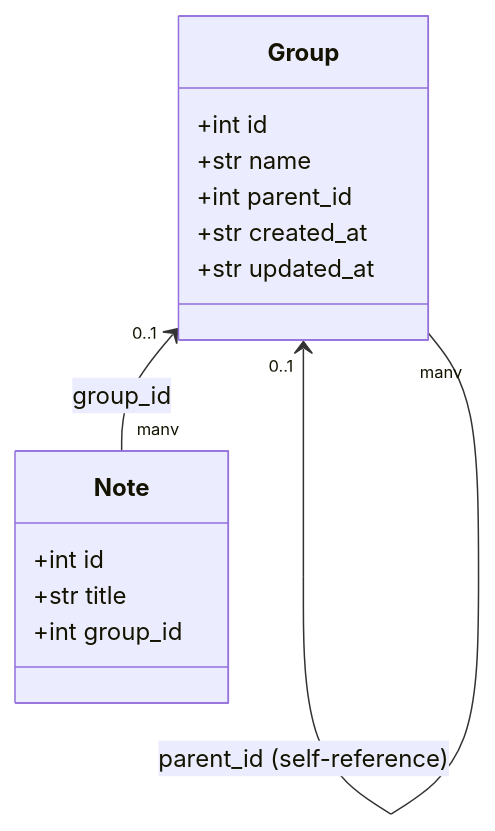
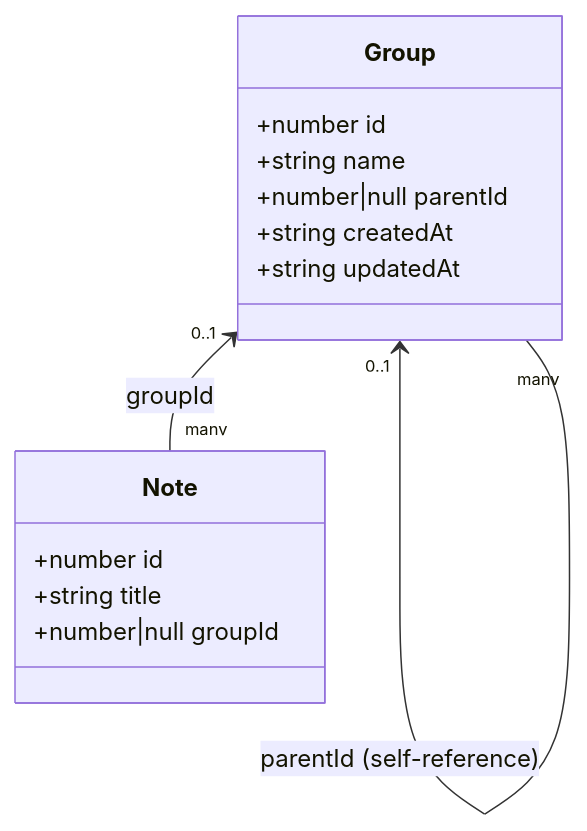
The diagram in docs/architecture/groups.md (meddlin/composition), drawn with Mermaid before and after one commit. The commit also changed other lines of this file and 65 other files, not shown here.

````diff
--- a/docs/architecture/groups.md
+++ b/docs/architecture/groups.md
@@ -13,17 +14,17 @@
 ```mermaid
 classDiagram
     class Group {
-        +int id
-        +str name
-        +int parent_id
-        +str created_at
-        +str updated_at
+        +number id
+        +string name
+        +number|null parentId
+        +string createdAt
+        +string updatedAt
     }
     class Note {
-        +int id
-        +str title
-        +int group_id
+        +number id
+        +string title
+        +number|null groupId
     }
-    Group "0..1" <-- "many" Group : parent_id (self-reference)
-    Group "0..1" <-- "many" Note : group_id
+    Group "0..1" <-- "many" Group : parentId (self-reference)
+    Group "0..1" <-- "many" Note : groupId
 ```
````
